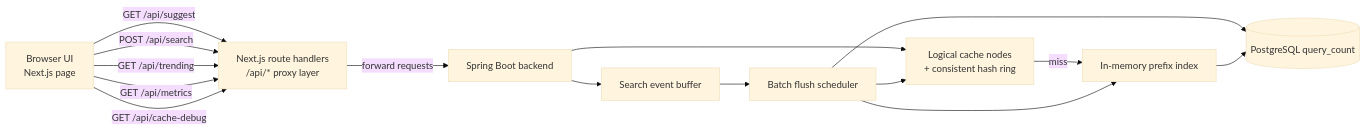
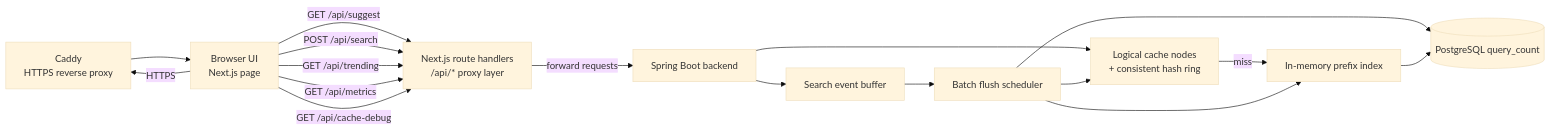
One commit to lowkeyarhan/HLD-TypeAhead changed the diagram in docs/project-report.md. Above: the diagram before and after it, drawn with Mermaid (base theme). The commit also changed other lines of this file and 26 other files, not shown here.

Commit message:
backend wired with frintend, added caddy for ssl proxy

````diff
--- a/docs/project-report.md
+++ b/docs/project-report.md
@@ -7,28 +7,32 @@
 ```mermaid
 flowchart LR
+    Caddy["Caddy<br/>HTTPS reverse proxy"]
     Browser["Browser UI<br/>Next.js page"]
     Proxy["Next.js route handlers<br/>/api/* proxy layer"]
     Spring["Spring Boot backend"]
     Cache["Logical cache nodes<br/>+ consistent hash ring"]
     Index["In-memory prefix index"]
     Buffer["Search event buffer"]
     Scheduler["Batch flush scheduler"]
     Postgres[("PostgreSQL query_count")]
+
+    Browser -->|HTTPS| Caddy
+    Caddy --> Browser
 
     Browser -->|GET /api/suggest| Proxy
     Browser -->|POST /api/search| Proxy
     Browser -->|GET /api/trending| Proxy
     Browser -->|GET /api/metrics| Proxy
     Browser -->|GET /api/cache-debug| Proxy
 
     Proxy -->|forward requests| Spring
 
     Spring --> Cache
     Cache -->|miss| Index
     Spring --> Buffer
     Buffer --> Scheduler
     Scheduler --> Postgres
     Scheduler --> Index
     Scheduler --> Cache
     Index --> Postgres
 ```
````
